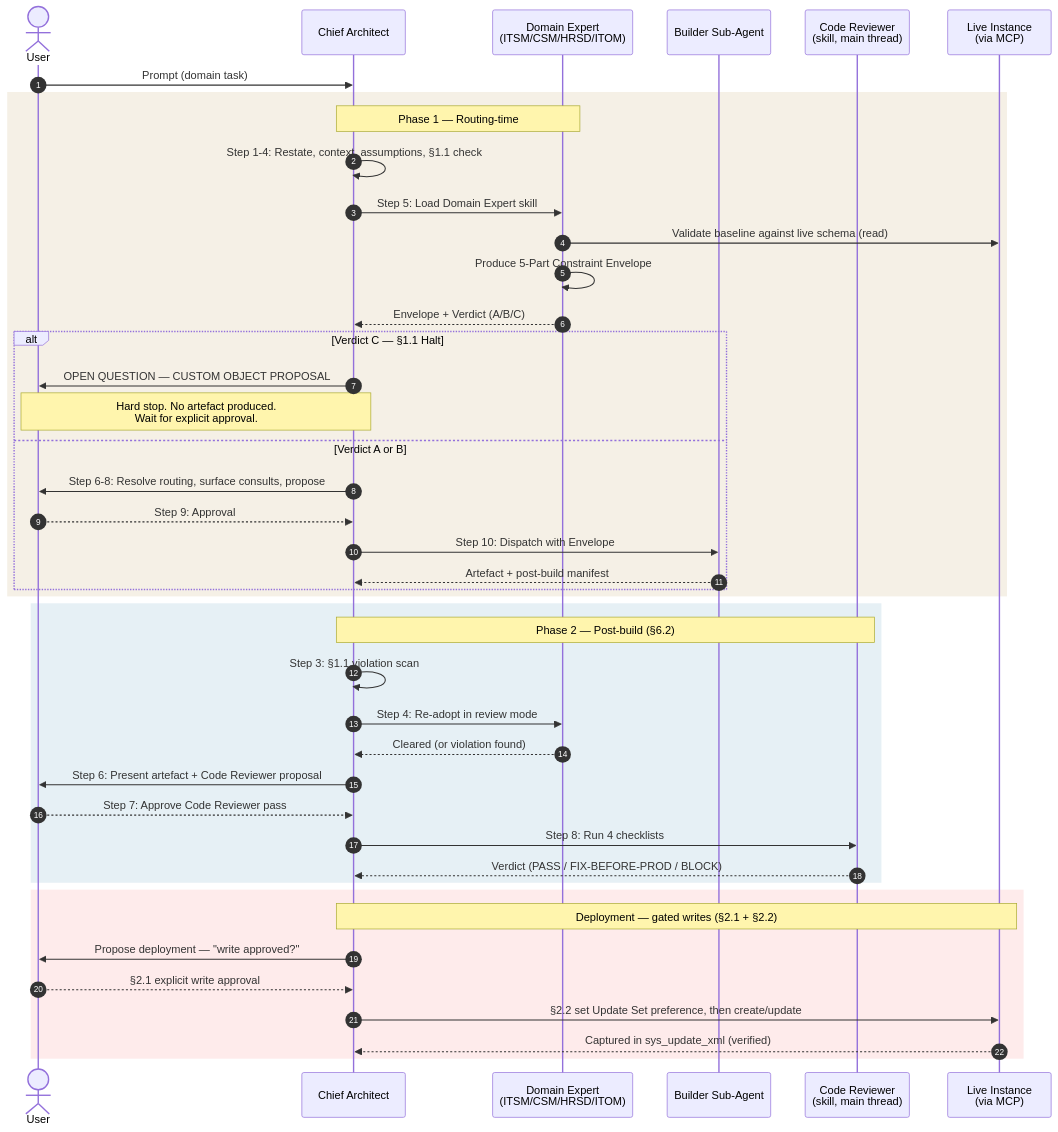
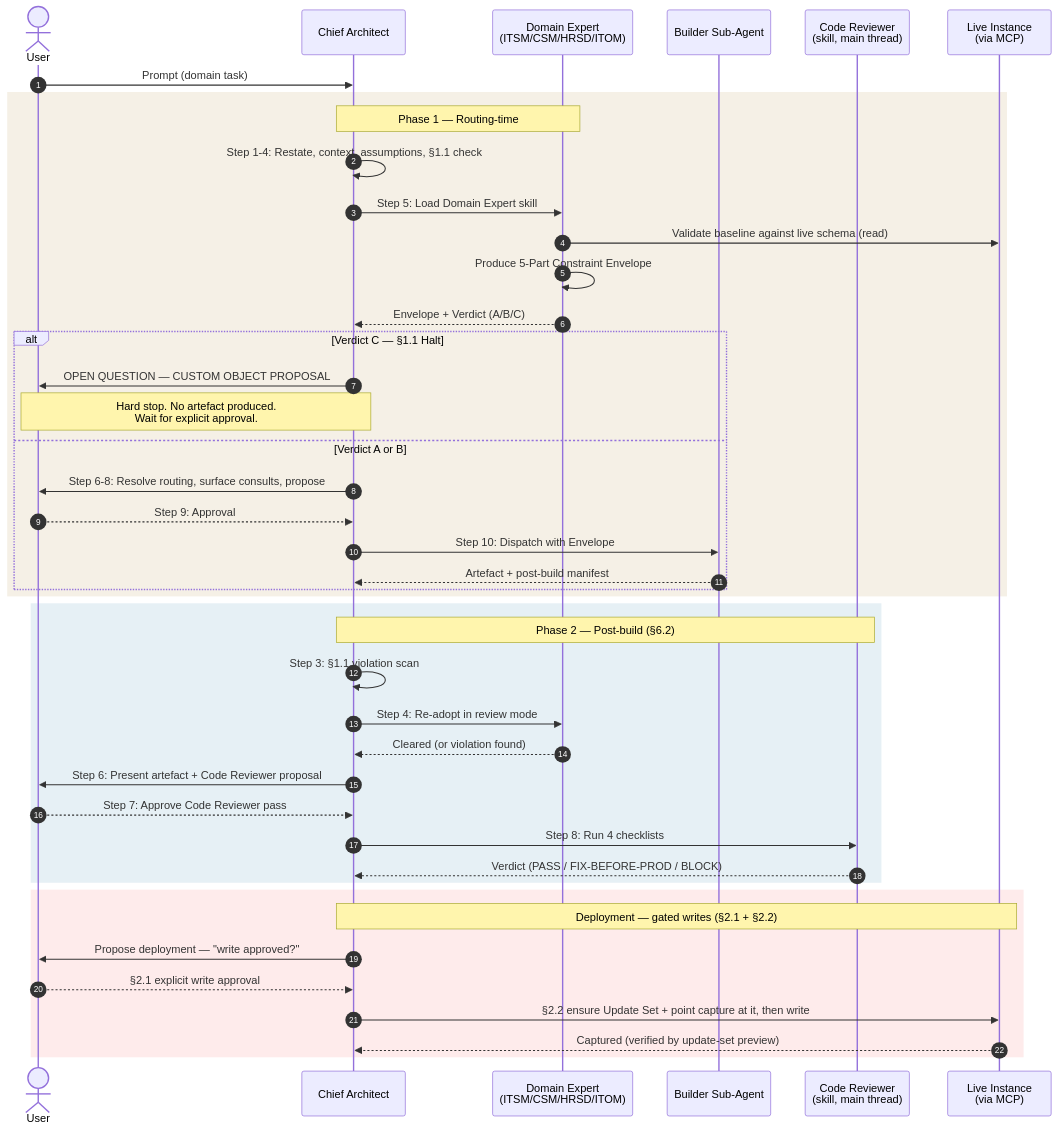
One commit to farstic/claude-servicenow-live changed the diagram in docs/TECHNICAL-ARCHITECTURE.md. Above: the diagram before and after it, drawn with Mermaid. The commit also changed other lines of this file and 18 other files, not shown here.

````diff
--- a/docs/TECHNICAL-ARCHITECTURE.md
+++ b/docs/TECHNICAL-ARCHITECTURE.md
@@ -137,50 +137,50 @@
 ```mermaid
 sequenceDiagram
     autonumber
     actor User
     participant CA as Chief Architect
     participant DE as Domain Expert<br/>(ITSM/CSM/HRSD/ITOM)
     participant Builder as Builder Sub-Agent
     participant CR as Code Reviewer<br/>(skill, main thread)
     participant SN as Live Instance<br/>(via MCP)
 
     User->>CA: Prompt (domain task)
 
     rect rgb(245, 240, 230)
     Note over CA,DE: Phase 1 — Routing-time
     CA->>CA: Step 1-4: Restate, context, assumptions, §1.1 check
     CA->>DE: Step 5: Load Domain Expert skill
     DE->>SN: Validate baseline against live schema (read)
     DE->>DE: Produce 5-Part Constraint Envelope
     DE-->>CA: Envelope + Verdict (A/B/C)
 
     alt Verdict C — §1.1 Halt
         CA->>User: OPEN QUESTION — CUSTOM OBJECT PROPOSAL
         Note over CA,User: Hard stop. No artefact produced.<br/>Wait for explicit approval.
     else Verdict A or B
         CA->>User: Step 6-8: Resolve routing, surface consults, propose
         User-->>CA: Step 9: Approval
         CA->>Builder: Step 10: Dispatch with Envelope
         Builder-->>CA: Artefact + post-build manifest
     end
     end
 
     rect rgb(230, 240, 245)
     Note over CA,CR: Phase 2 — Post-build (§6.2)
     CA->>CA: Step 3: §1.1 violation scan
     CA->>DE: Step 4: Re-adopt in review mode
     DE-->>CA: Cleared (or violation found)
     CA->>User: Step 6: Present artefact + Code Reviewer proposal
     User-->>CA: Step 7: Approve Code Reviewer pass
     CA->>CR: Step 8: Run 4 checklists
     CR-->>CA: Verdict (PASS / FIX-BEFORE-PROD / BLOCK)
     end
 
     rect rgb(254, 235, 235)
     Note over CA,SN: Deployment — gated writes (§2.1 + §2.2)
     CA->>User: Propose deployment — "write approved?"
     User-->>CA: §2.1 explicit write approval
-    CA->>SN: §2.2 set Update Set preference, then create/update
-    SN-->>CA: Captured in sys_update_xml (verified)
+    CA->>SN: §2.2 ensure Update Set + point capture at it, then write
+    SN-->>CA: Captured (verified by update-set preview)
     end
 ```
````
